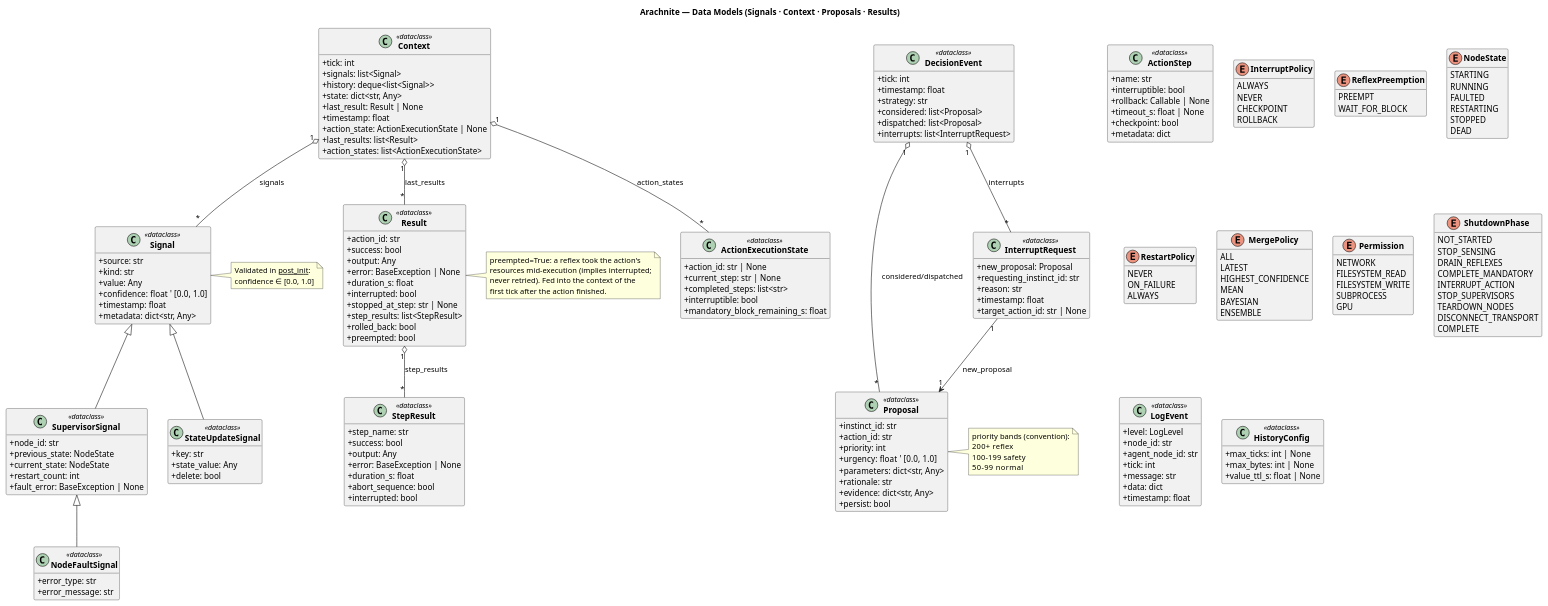
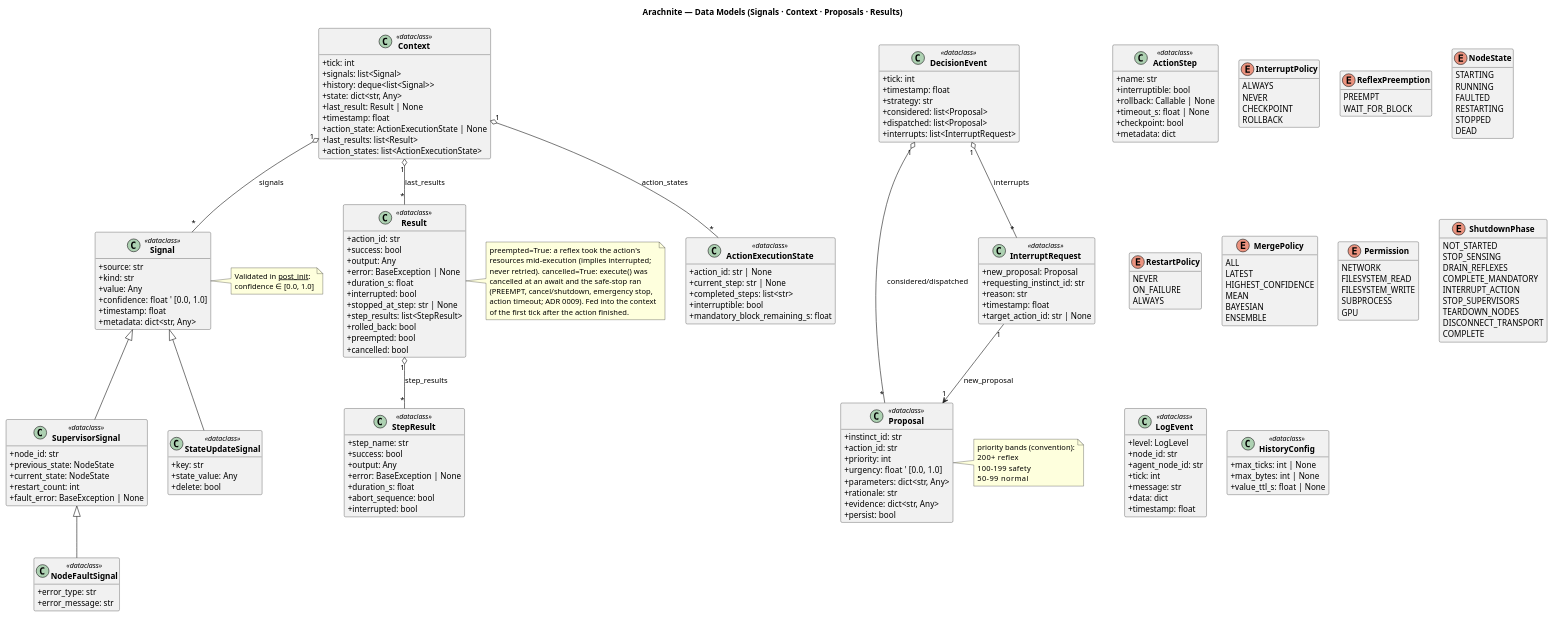
One commit to memrecolak/arachnite-oss changed the diagram in docs/uml/02_data_models.puml. Above: the diagram before and after it, drawn with PlantUML. The commit also changed 35 other files, not shown here.

```diff
--- a/docs/uml/02_data_models.puml
+++ b/docs/uml/02_data_models.puml
@@ -49,6 +49,7 @@
   + step_results: list<StepResult>
   + rolled_back: bool
   + preempted: bool
+  + cancelled: bool
 }
 
 ' ── Multi-step action models ─────────────────────────────────
@@ -219,8 +220,11 @@
 note right of Result
   preempted=True: a reflex took the action's
   resources mid-execution (implies interrupted;
-  never retried). Fed into the context of the
-  first tick after the action finished.
+  never retried). cancelled=True: execute() was
+  cancelled at an await and the safe-stop ran
+  (PREEMPT, cancel/shutdown, emergency stop,
+  action timeout; ADR 0009). Fed into the context
+  of the first tick after the action finished.
 end note
 
 @enduml
```
